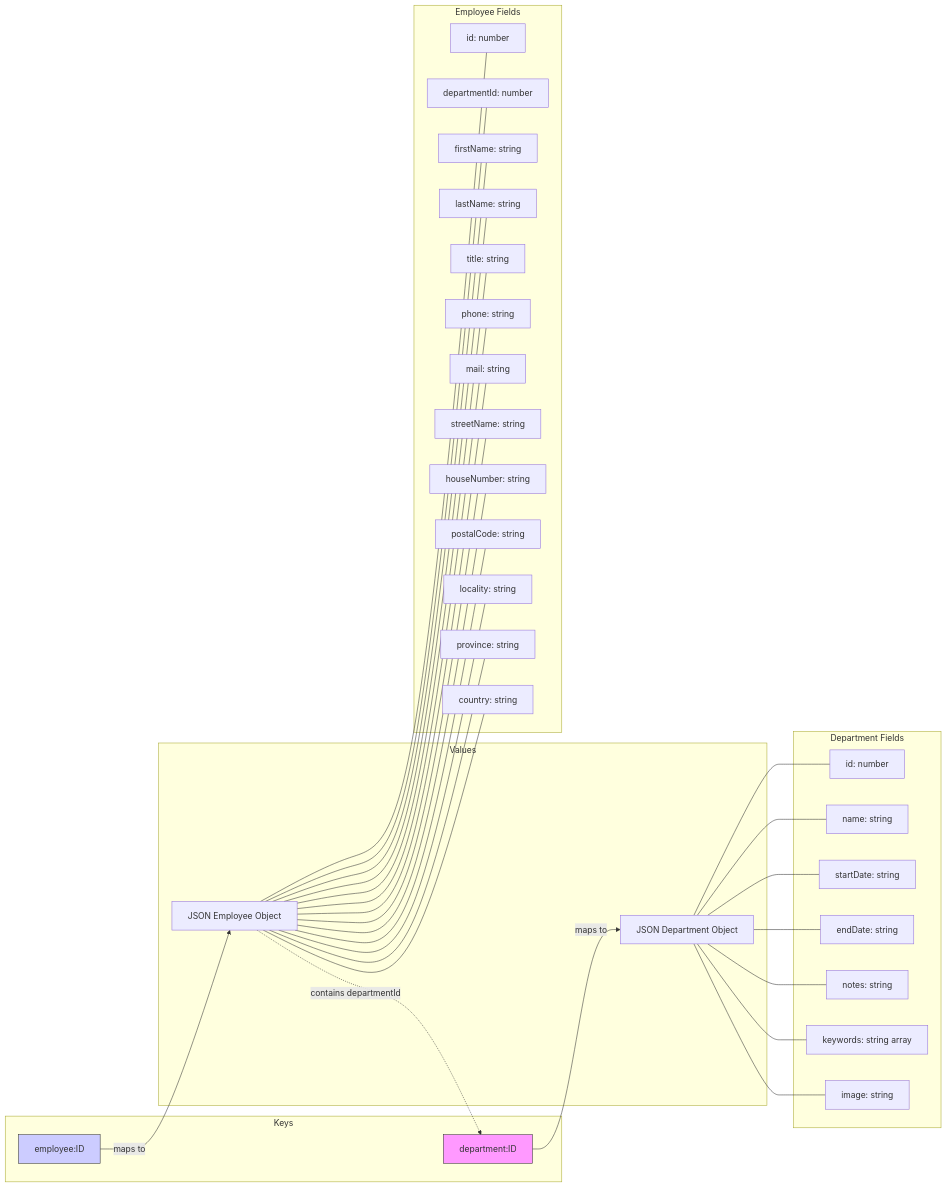
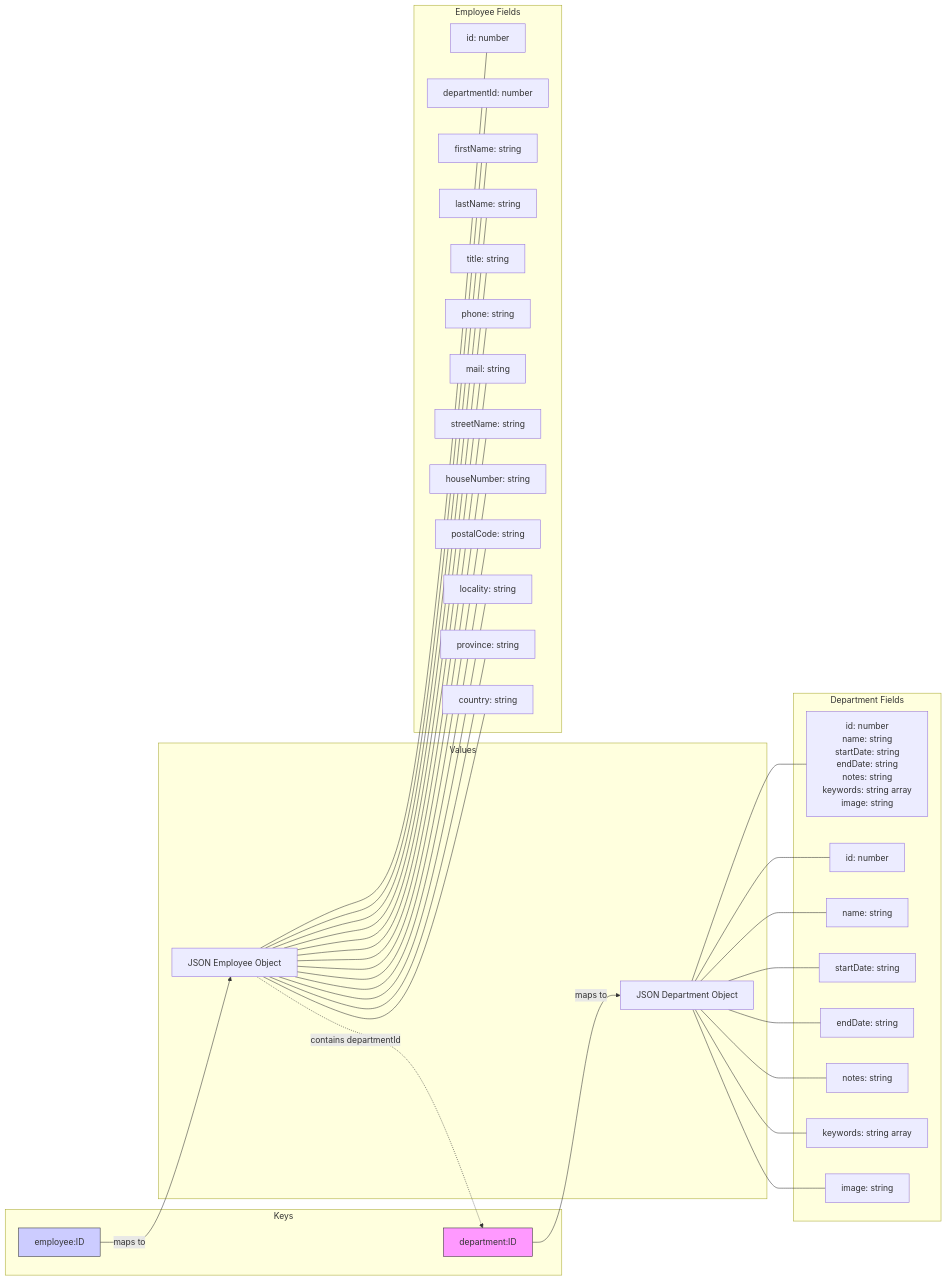
One commit to k1729p/Study28 changed the diagram in docs/mermaid/flowchartRedis.md. Above: the diagram before and after it, drawn with Mermaid. The commit also changed 1 other file, not shown here.

````diff
--- a/docs/mermaid/flowchartRedis.md
+++ b/docs/mermaid/flowchartRedis.md
@@ -3,46 +3,53 @@
 ```mermaid
 flowchart LR
     subgraph Keys
         D_Key[department:ID]
         E_Key[employee:ID]
     end
 
     subgraph Values
         D_Val[JSON Department Object]
         E_Val[JSON Employee Object]
     end
 
     D_Key -->|maps to| D_Val
     E_Key -->|maps to| E_Val
 
     E_Val -.->|contains departmentId| D_Key
 
     subgraph Department Fields
+        D_Val --- d["`id: number
+                      name: string
+                      startDate: string
+                      endDate: string
+                      notes: string
+                      keywords: string array
+                      image: string`"]    
         D_Val --- d01[id: number]
         D_Val --- d02[name: string]
         D_Val --- d03[startDate: string]
         D_Val --- d04[endDate: string]
         D_Val --- d05[notes: string]
         D_Val --- d06[keywords: string array]
         D_Val --- d07[image: string]
     end
 
     subgraph Employee Fields
         E_Val --- e01[id: number]
         E_Val --- e02[departmentId: number]
         E_Val --- e03[firstName: string]
         E_Val --- e04[lastName: string]
         E_Val --- e05[title: string]
         E_Val --- e06[phone: string]
         E_Val --- e07[mail: string]
         E_Val --- e08[streetName: string]
         E_Val --- e09[houseNumber: string]
         E_Val --- e10[postalCode: string]
         E_Val --- e11[locality: string]
         E_Val --- e12[province: string]
         E_Val --- e13[country: string]
     end
 
     style D_Key fill:#f9f,stroke:#333
     style E_Key fill:#ccf,stroke:#333
 ```
````
